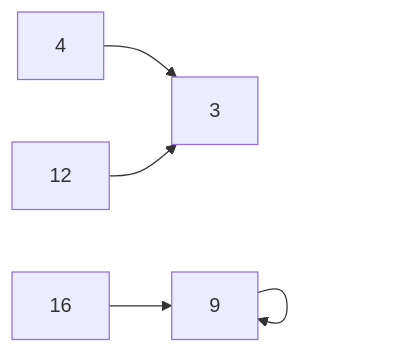
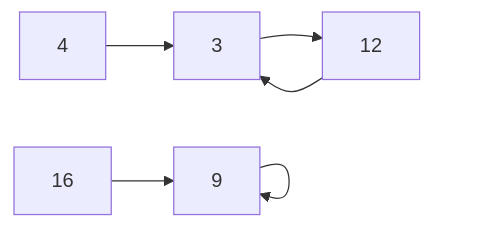
One commit to Jeffrey-S-Smith/reading-notes-401 changed the diagram in remove-duplicates-from-a-linked-list.md. Above: the diagram before and after it, drawn with Mermaid.

````diff
--- a/remove-duplicates-from-a-linked-list.md
+++ b/remove-duplicates-from-a-linked-list.md
@@ -15,6 +15,7 @@
 ```mermaid
 flowchart LR 
-     4 --> 3 
-    12 --> 3
-     16 --> 9 --> 9
+     4 --> 3 -->
+     12 --> 3
+     16 --> 9 --> 
+     9
 ```
````
